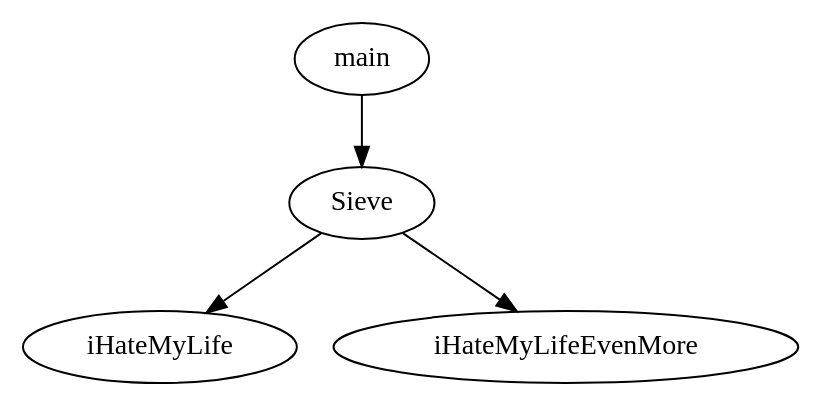
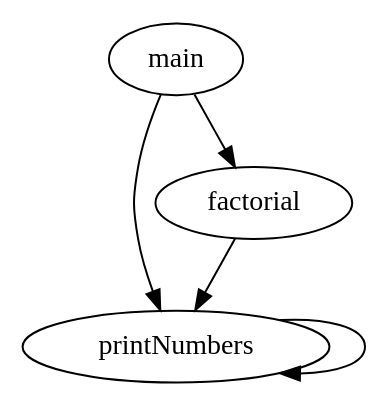
The diagram in Exercise04/Task2/calls.gv (MxBurger/FCW1), drawn with Graphviz before and after one commit. The commit also changed 3 other files, not shown here.

```diff
--- a/Exercise04/Task2/calls.gv
+++ b/Exercise04/Task2/calls.gv
@@ -1,5 +1,6 @@
 digraph G {
-  "main" -> "Sieve";
-  "Sieve" -> "iHateMyLife";
-  "Sieve" -> "iHateMyLifeEvenMore";
+  "main" -> "printNumbers";
+  "main" -> "factorial";
+  "printNumbers" -> "printNumbers";
+  "factorial" -> "printNumbers";
 }
```
